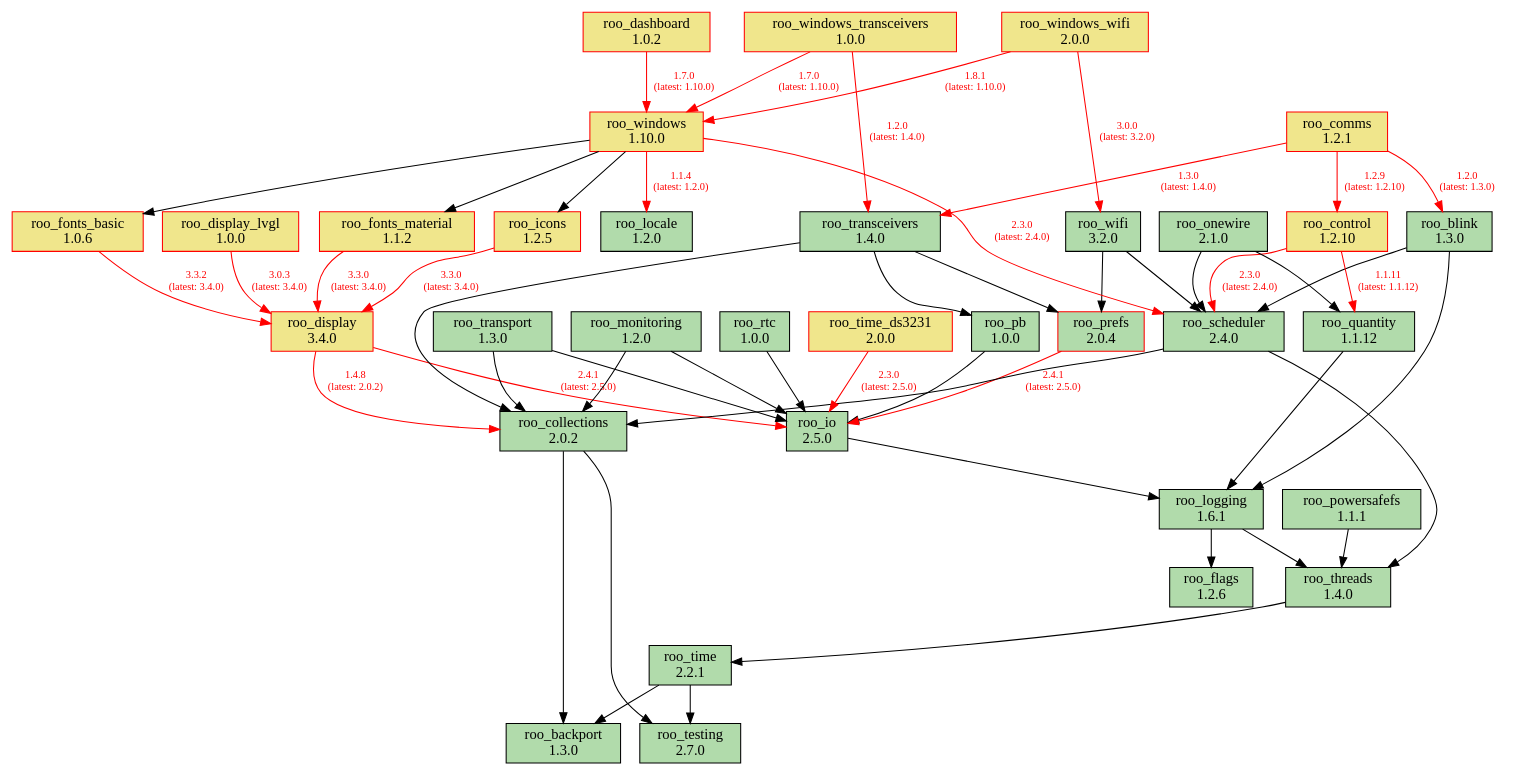
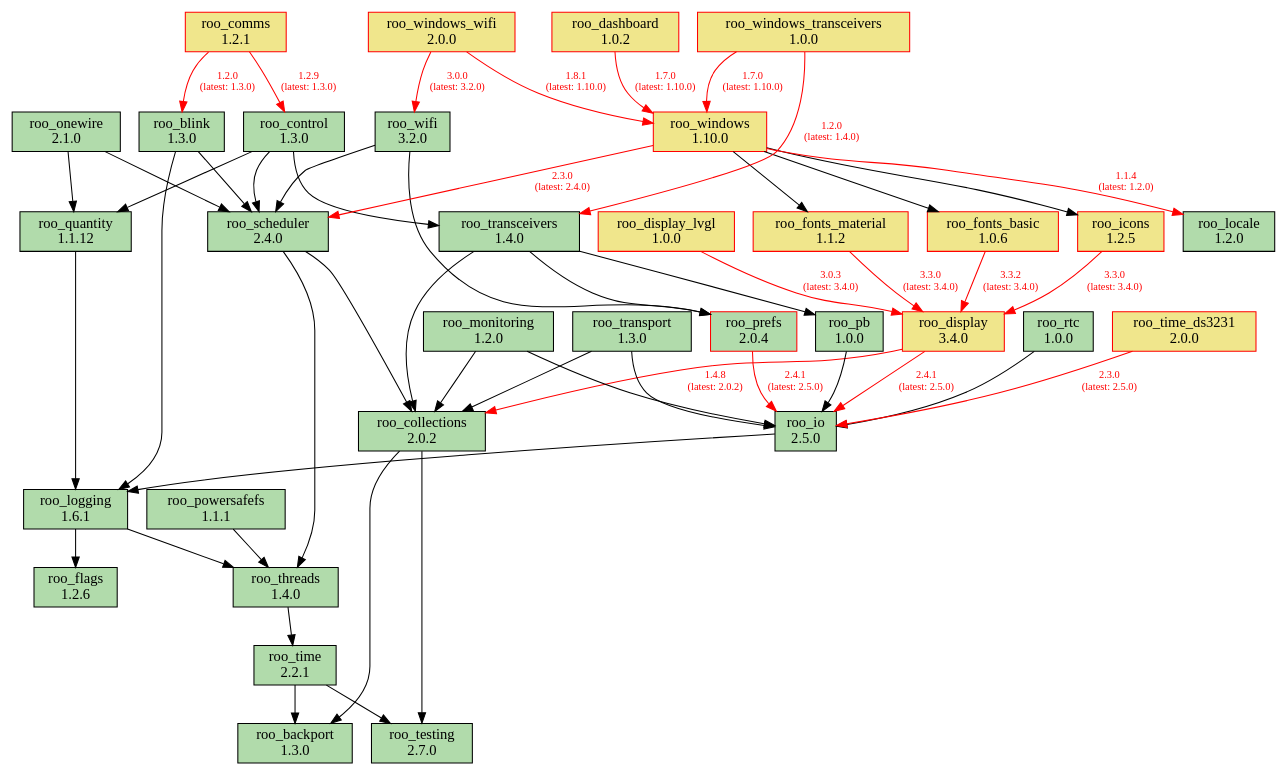
Before and after one commit to dejwk/roo-registry: the diagram in doc/dependencies.dot, drawn with Graphviz. The commit also changed 3 other files, not shown here.

Commit message:
Added roo_control 1.3.0 to the registry.

```diff
--- a/doc/dependencies.dot
+++ b/doc/dependencies.dot
@@ -1,92 +1,92 @@
 digraph dependencies {
     rankdir=TB;
     node [shape=box, style=filled];
     edge [fontsize=10];
 
     // Modules
     "roo_backport" [label="roo_backport\n1.3.0", fillcolor="#b1dbab", color="black"];
     "roo_blink" [label="roo_blink\n1.3.0", fillcolor="#b1dbab", color="black"];
     "roo_collections" [label="roo_collections\n2.0.2", fillcolor="#b1dbab", color="black"];
     "roo_comms" [label="roo_comms\n1.2.1", fillcolor="khaki", color="red"];
-    "roo_control" [label="roo_control\n1.2.10", fillcolor="khaki", color="red"];
+    "roo_control" [label="roo_control\n1.3.0", fillcolor="#b1dbab", color="black"];
     "roo_dashboard" [label="roo_dashboard\n1.0.2", fillcolor="khaki", color="red"];
     "roo_display" [label="roo_display\n3.4.0", fillcolor="khaki", color="red"];
     "roo_display_lvgl" [label="roo_display_lvgl\n1.0.0", fillcolor="khaki", color="red"];
     "roo_flags" [label="roo_flags\n1.2.6", fillcolor="#b1dbab", color="black"];
     "roo_fonts_basic" [label="roo_fonts_basic\n1.0.6", fillcolor="khaki", color="red"];
     "roo_fonts_material" [label="roo_fonts_material\n1.1.2", fillcolor="khaki", color="red"];
     "roo_icons" [label="roo_icons\n1.2.5", fillcolor="khaki", color="red"];
     "roo_io" [label="roo_io\n2.5.0", fillcolor="#b1dbab", color="black"];
     "roo_locale" [label="roo_locale\n1.2.0", fillcolor="#b1dbab", color="black"];
     "roo_logging" [label="roo_logging\n1.6.1", fillcolor="#b1dbab", color="black"];
     "roo_monitoring" [label="roo_monitoring\n1.2.0", fillcolor="#b1dbab", color="black"];
     "roo_onewire" [label="roo_onewire\n2.1.0", fillcolor="#b1dbab", color="black"];
     "roo_pb" [label="roo_pb\n1.0.0", fillcolor="#b1dbab", color="black"];
     "roo_powersafefs" [label="roo_powersafefs\n1.1.1", fillcolor="#b1dbab", color="black"];
     "roo_prefs" [label="roo_prefs\n2.0.4", fillcolor="#b1dbab", color="red"];
     "roo_quantity" [label="roo_quantity\n1.1.12", fillcolor="#b1dbab", color="black"];
     "roo_rtc" [label="roo_rtc\n1.0.0", fillcolor="#b1dbab", color="black"];
     "roo_scheduler" [label="roo_scheduler\n2.4.0", fillcolor="#b1dbab", color="black"];
     "roo_testing" [label="roo_testing\n2.7.0", fillcolor="#b1dbab", color="black"];
     "roo_threads" [label="roo_threads\n1.4.0", fillcolor="#b1dbab", color="black"];
     "roo_time" [label="roo_time\n2.2.1", fillcolor="#b1dbab", color="black"];
     "roo_time_ds3231" [label="roo_time_ds3231\n2.0.0", fillcolor="khaki", color="red"];
     "roo_transceivers" [label="roo_transceivers\n1.4.0", fillcolor="#b1dbab", color="black"];
     "roo_transport" [label="roo_transport\n1.3.0", fillcolor="#b1dbab", color="black"];
     "roo_wifi" [label="roo_wifi\n3.2.0", fillcolor="#b1dbab", color="black"];
     "roo_windows" [label="roo_windows\n1.10.0", fillcolor="khaki", color="red"];
     "roo_windows_transceivers" [label="roo_windows_transceivers\n1.0.0", fillcolor="khaki", color="red"];
     "roo_windows_wifi" [label="roo_windows_wifi\n2.0.0", fillcolor="khaki", color="red"];
 
     // Dependencies
     "roo_blink" -> "roo_logging";
     "roo_blink" -> "roo_scheduler";
     "roo_collections" -> "roo_testing";
     "roo_collections" -> "roo_backport";
     "roo_comms" -> "roo_blink" [color=red, fontcolor=red, label="1.2.0\n(latest: 1.3.0)"];
-    "roo_comms" -> "roo_control" [color=red, fontcolor=red, label="1.2.9\n(latest: 1.2.10)"];
-    "roo_comms" -> "roo_transceivers" [color=red, fontcolor=red, label="1.3.0\n(latest: 1.4.0)"];
-    "roo_control" -> "roo_quantity" [color=red, fontcolor=red, label="1.1.11\n(latest: 1.1.12)"];
-    "roo_control" -> "roo_scheduler" [color=red, fontcolor=red, label="2.3.0\n(latest: 2.4.0)"];
+    "roo_comms" -> "roo_control" [color=red, fontcolor=red, label="1.2.9\n(latest: 1.3.0)"];
+    "roo_control" -> "roo_quantity";
+    "roo_control" -> "roo_scheduler";
+    "roo_control" -> "roo_transceivers";
     "roo_dashboard" -> "roo_windows" [color=red, fontcolor=red, label="1.7.0\n(latest: 1.10.0)"];
     "roo_display" -> "roo_collections" [color=red, fontcolor=red, label="1.4.8\n(latest: 2.0.2)"];
     "roo_display" -> "roo_io" [color=red, fontcolor=red, label="2.4.1\n(latest: 2.5.0)"];
     "roo_display_lvgl" -> "roo_display" [color=red, fontcolor=red, label="3.0.3\n(latest: 3.4.0)"];
     "roo_fonts_basic" -> "roo_display" [color=red, fontcolor=red, label="3.3.2\n(latest: 3.4.0)"];
     "roo_fonts_material" -> "roo_display" [color=red, fontcolor=red, label="3.3.0\n(latest: 3.4.0)"];
     "roo_icons" -> "roo_display" [color=red, fontcolor=red, label="3.3.0\n(latest: 3.4.0)"];
     "roo_io" -> "roo_logging";
     "roo_logging" -> "roo_flags";
     "roo_logging" -> "roo_threads";
     "roo_monitoring" -> "roo_collections";
     "roo_monitoring" -> "roo_io";
     "roo_onewire" -> "roo_scheduler";
     "roo_onewire" -> "roo_quantity";
     "roo_pb" -> "roo_io";
     "roo_powersafefs" -> "roo_threads";
     "roo_prefs" -> "roo_io" [color=red, fontcolor=red, label="2.4.1\n(latest: 2.5.0)"];
     "roo_quantity" -> "roo_logging";
     "roo_rtc" -> "roo_io";
     "roo_scheduler" -> "roo_collections";
     "roo_scheduler" -> "roo_threads";
     "roo_threads" -> "roo_time";
     "roo_time" -> "roo_testing";
     "roo_time" -> "roo_backport";
     "roo_time_ds3231" -> "roo_io" [color=red, fontcolor=red, label="2.3.0\n(latest: 2.5.0)"];
     "roo_transceivers" -> "roo_pb";
     "roo_transceivers" -> "roo_collections";
     "roo_transceivers" -> "roo_prefs";
     "roo_transport" -> "roo_collections";
     "roo_transport" -> "roo_io";
     "roo_wifi" -> "roo_prefs";
     "roo_wifi" -> "roo_scheduler";
     "roo_windows" -> "roo_fonts_basic";
     "roo_windows" -> "roo_fonts_material";
     "roo_windows" -> "roo_locale" [color=red, fontcolor=red, label="1.1.4\n(latest: 1.2.0)"];
     "roo_windows" -> "roo_icons";
     "roo_windows" -> "roo_scheduler" [color=red, fontcolor=red, label="2.3.0\n(latest: 2.4.0)"];
     "roo_windows_transceivers" -> "roo_transceivers" [color=red, fontcolor=red, label="1.2.0\n(latest: 1.4.0)"];
     "roo_windows_transceivers" -> "roo_windows" [color=red, fontcolor=red, label="1.7.0\n(latest: 1.10.0)"];
     "roo_windows_wifi" -> "roo_wifi" [color=red, fontcolor=red, label="3.0.0\n(latest: 3.2.0)"];
     "roo_windows_wifi" -> "roo_windows" [color=red, fontcolor=red, label="1.8.1\n(latest: 1.10.0)"];
 }
```
